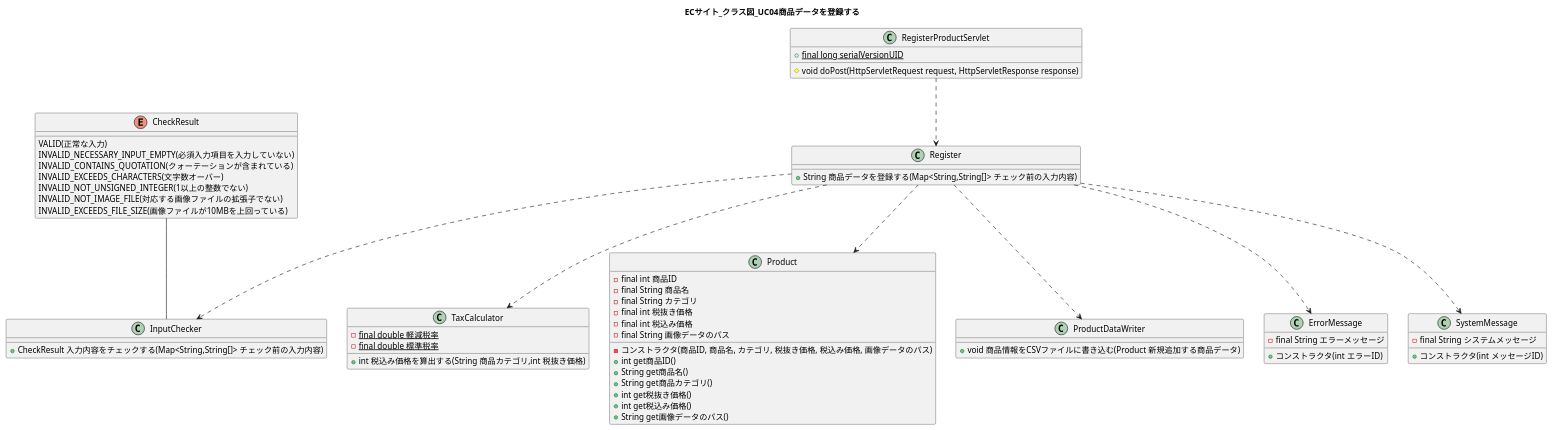
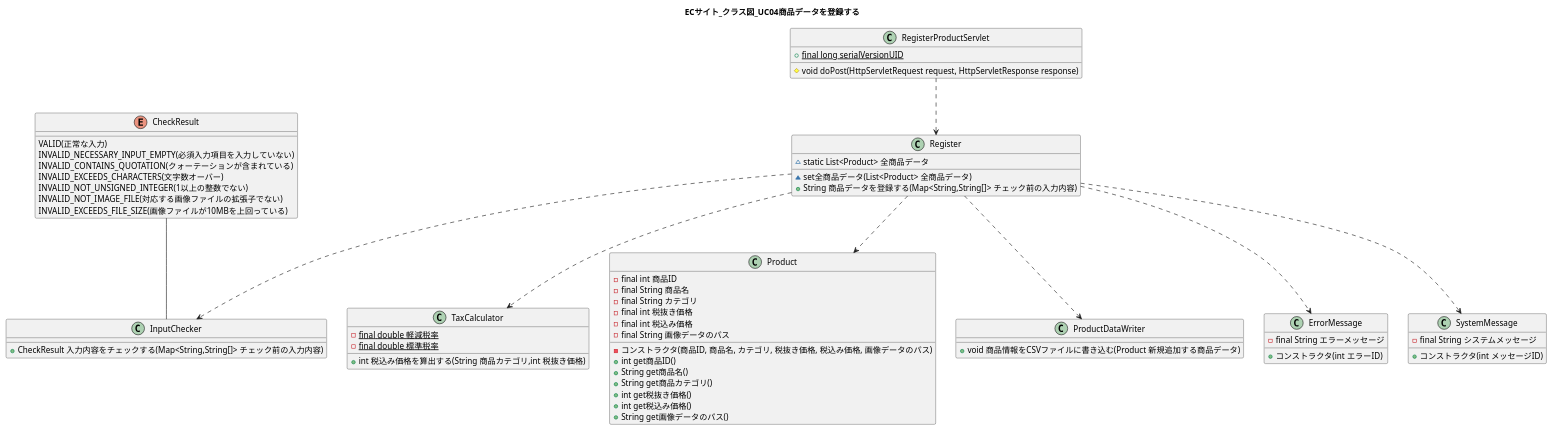
The diagram in UML/ClassDiag04.puml (wnakayama/ojt_ecsite), drawn with PlantUML before and after one commit. The commit also changed 3 other files, not shown here.

```diff
--- a/UML/ClassDiag04.puml
+++ b/UML/ClassDiag04.puml
@@ -1,73 +1,75 @@
 @startuml
 title ECサイト_クラス図_UC04商品データを登録する
 
 
 class RegisterProductServlet {
     +{static} final long serialVersionUID
     #void doPost(HttpServletRequest request, HttpServletResponse response)
 }
 
 RegisterProductServlet ..> Register
 class Register {
+    ~static List<Product> 全商品データ
+    ~set全商品データ(List<Product> 全商品データ)
     +String 商品データを登録する(Map<String,String[]> チェック前の入力内容)
 }
 
 CheckResult -- InputChecker
 enum CheckResult {
     VALID(正常な入力)
     INVALID_NECESSARY_INPUT_EMPTY(必須入力項目を入力していない)
     INVALID_CONTAINS_QUOTATION(クォーテーションが含まれている)
     INVALID_EXCEEDS_CHARACTERS(文字数オーバー)
     INVALID_NOT_UNSIGNED_INTEGER(1以上の整数でない)
     INVALID_NOT_IMAGE_FILE(対応する画像ファイルの拡張子でない)
     INVALID_EXCEEDS_FILE_SIZE(画像ファイルが10MBを上回っている)
 }
 
 Register ..> InputChecker
 class InputChecker {
     +CheckResult 入力内容をチェックする(Map<String,String[]> チェック前の入力内容)
 }
 
 Register ..> TaxCalculator
 class TaxCalculator {
     -{static}final double 軽減税率
     -{static}final double 標準税率
 
     +int 税込み価格を算出する(String 商品カテゴリ,int 税抜き価格)
 }
 
 Register ..> Product 
 class Product {
     -final int 商品ID
     -final String 商品名
     -final String カテゴリ
     -final int 税抜き価格
     -final int 税込み価格
     -final String 画像データのパス
     -コンストラクタ(商品ID, 商品名, カテゴリ, 税抜き価格, 税込み価格, 画像データのパス)
     +int get商品ID()
     +String get商品名()
     +String get商品カテゴリ()
     +int get税抜き価格()
     +int get税込み価格()
     +String get画像データのパス()
 }
 
 Register ..> ProductDataWriter
 class ProductDataWriter {
     + void 商品情報をCSVファイルに書き込む(Product 新規追加する商品データ)
 }
 
 Register ..> ErrorMessage
 class ErrorMessage {
     -final String エラーメッセージ
     +コンストラクタ(int エラーID)
 }
 
 Register ..> SystemMessage
 class SystemMessage {
     -final String システムメッセージ
     +コンストラクタ(int メッセージID)
 }
 
 @enduml
```
